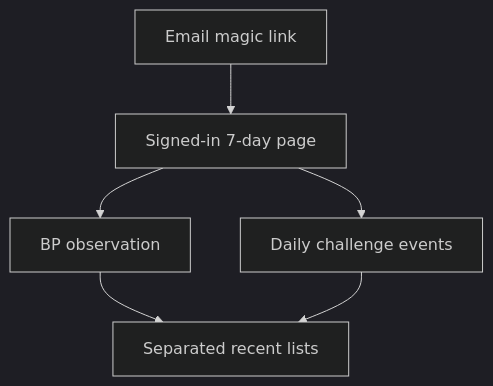
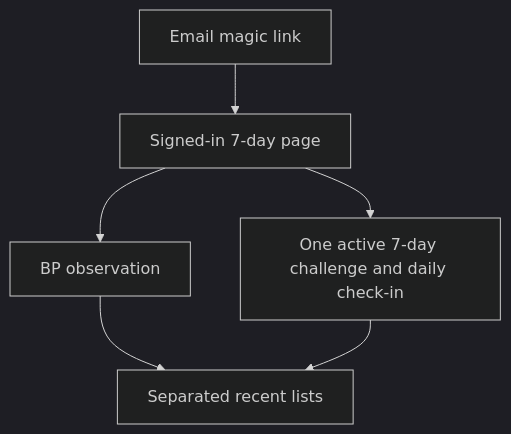
Before and after one commit to AI-HealthCare-05/AH_05_07: the first of 2 diagrams in docs/ux-flow.md, drawn with Mermaid (dark theme). The commit also changed other lines of this file and 14 other files, not shown here.

Commit message:
feat: enforce one active seven-day challenge (#106)

````diff
--- a/docs/ux-flow.md
+++ b/docs/ux-flow.md
@@ -5,8 +5,8 @@
 ```mermaid
 flowchart TD
     A["Email magic link"] --> B["Signed-in 7-day page"]
     B --> C["BP observation"]
-    B --> D["Daily challenge events"]
+    B --> D["One active 7-day challenge and daily check-in"]
     C --> E["Separated recent lists"]
     D --> E
 ```
````
